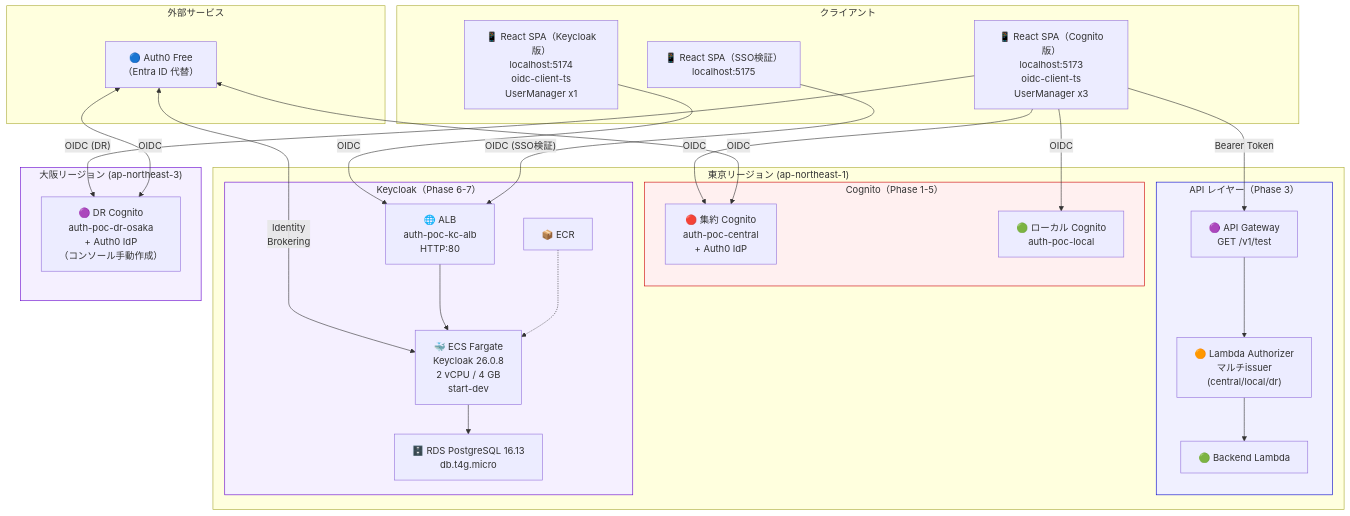
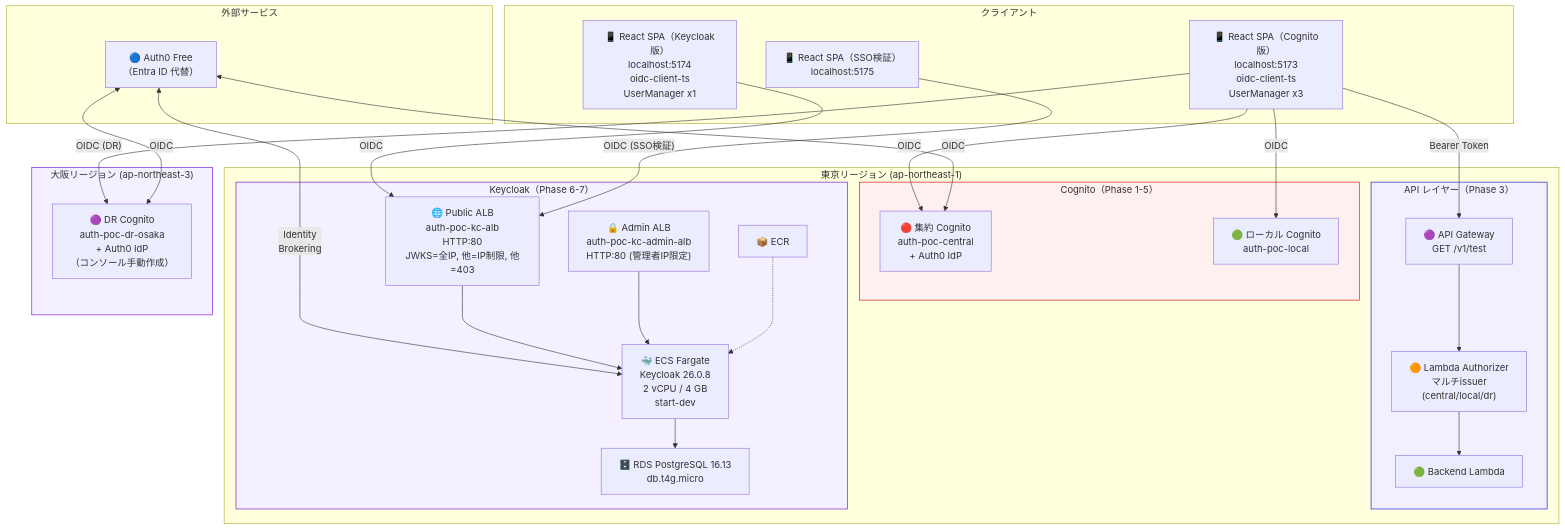
One commit to suepie/aws-atuh-poc changed the diagram in doc/common/architecture.md. Above: the diagram before and after it, drawn with Mermaid. The commit also changed other lines of this file and 10 other files, not shown here.

````diff
--- a/doc/common/architecture.md
+++ b/doc/common/architecture.md
@@ -11,63 +11,65 @@
 ```mermaid
 flowchart TB
     subgraph External["外部サービス"]
         Auth0["🔵 Auth0 Free<br/>（Entra ID 代替）"]
     end
 
     subgraph Client["クライアント"]
         SPA_C["📱 React SPA（Cognito版）<br/>localhost:5173<br/>oidc-client-ts<br/>UserManager x3"]
         SPA_K["📱 React SPA（Keycloak版）<br/>localhost:5174<br/>oidc-client-ts<br/>UserManager x1"]
         SPA_K2["📱 React SPA（SSO検証）<br/>localhost:5175"]
     end
 
     subgraph Tokyo["東京リージョン (ap-northeast-1)"]
         subgraph CognitoLayer["Cognito（Phase 1-5）"]
             CentralPool["🔴 集約 Cognito<br/>auth-poc-central<br/>+ Auth0 IdP"]
             LocalPool["🟢 ローカル Cognito<br/>auth-poc-local"]
         end
 
         subgraph APILayer["API レイヤー（Phase 3）"]
             APIGW["🟣 API Gateway<br/>GET /v1/test"]
             Authorizer["🟠 Lambda Authorizer<br/>マルチissuer<br/>(central/local/dr)"]
             Backend["🟢 Backend Lambda"]
         end
 
         subgraph KeycloakLayer["Keycloak（Phase 6-7）"]
-            ALB["🌐 ALB<br/>auth-poc-kc-alb<br/>HTTP:80"]
+            ALB["🌐 Public ALB<br/>auth-poc-kc-alb<br/>HTTP:80<br/>JWKS=全IP, 他=IP制限, 他=403"]
+            AdminALB["🔒 Admin ALB<br/>auth-poc-kc-admin-alb<br/>HTTP:80 (管理者IP限定)"]
             ECS["🐳 ECS Fargate<br/>Keycloak 26.0.8<br/>2 vCPU / 4 GB<br/>start-dev"]
             RDS["🗄️ RDS PostgreSQL 16.13<br/>db.t4g.micro"]
             ECR["📦 ECR"]
         end
     end
 
     subgraph Osaka["大阪リージョン (ap-northeast-3)"]
         DRPool["🟣 DR Cognito<br/>auth-poc-dr-osaka<br/>+ Auth0 IdP<br/>（コンソール手動作成）"]
     end
 
     %% Cognito SPA
     SPA_C -->|"OIDC"| CentralPool
     SPA_C -->|"OIDC"| LocalPool
     SPA_C -->|"OIDC (DR)"| DRPool
     SPA_C -->|"Bearer Token"| APIGW
 
     %% Keycloak SPA
     SPA_K -->|"OIDC"| ALB
     SPA_K2 -->|"OIDC (SSO検証)"| ALB
 
     %% Auth0
     Auth0 <-->|"OIDC"| CentralPool
     Auth0 <-->|"OIDC"| DRPool
     Auth0 <-->|"Identity<br/>Brokering"| ECS
 
     %% API Layer
     APIGW --> Authorizer --> Backend
 
     %% Keycloak Internal
     ALB --> ECS --> RDS
+    AdminALB --> ECS
     ECR -.-> ECS
 
     style CognitoLayer fill:#fff0f0,stroke:#cc0000
     style KeycloakLayer fill:#f5f0ff,stroke:#6600cc
     style APILayer fill:#f0f0ff,stroke:#0000cc
     style Osaka fill:#f5f0ff,stroke:#6600cc
 ```
````
